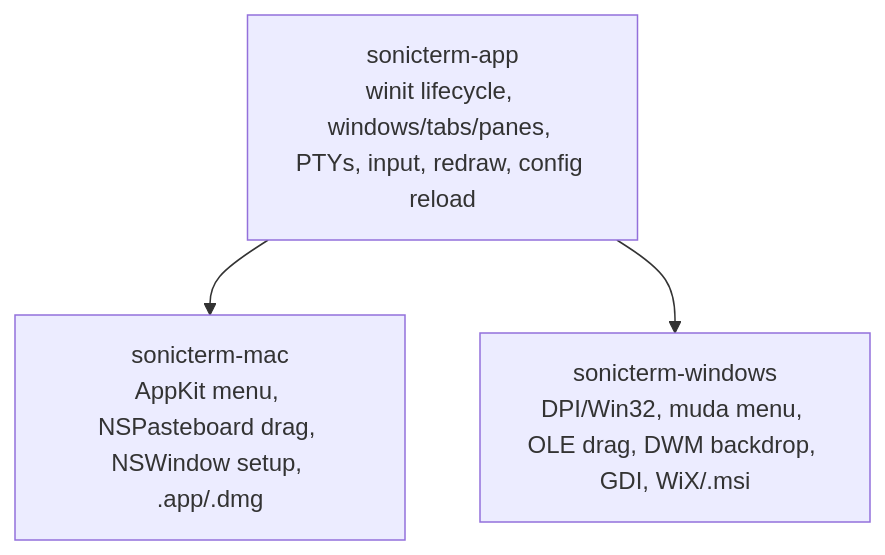
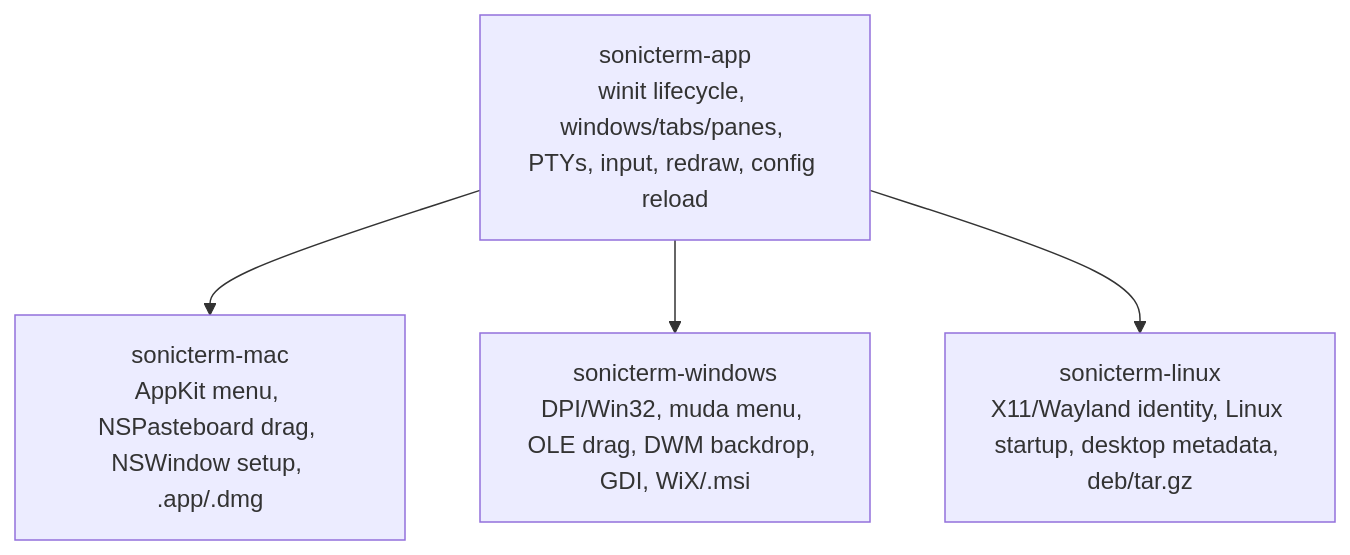
The first of 2 diagrams in wiki/Platform-Integration.md (D0n9X1n/SonicTerm), drawn with Mermaid before and after one commit. The commit also changed other lines of this file and 70 other files, not shown here.

````diff
--- a/wiki/Platform-Integration.md
+++ b/wiki/Platform-Integration.md
@@ -12,9 +12,11 @@
 ```mermaid
 flowchart TD
     app["sonicterm-app<br/>winit lifecycle, windows/tabs/panes, PTYs, input, redraw, config reload"]
     mac["sonicterm-mac<br/>AppKit menu, NSPasteboard drag, NSWindow setup, .app/.dmg"]
     win["sonicterm-windows<br/>DPI/Win32, muda menu, OLE drag, DWM backdrop, GDI, WiX/.msi"]
+    linux["sonicterm-linux<br/>X11/Wayland identity, Linux startup, desktop metadata, deb/tar.gz"]
 
     app --> mac
     app --> win
+    app --> linux
 ```
````
